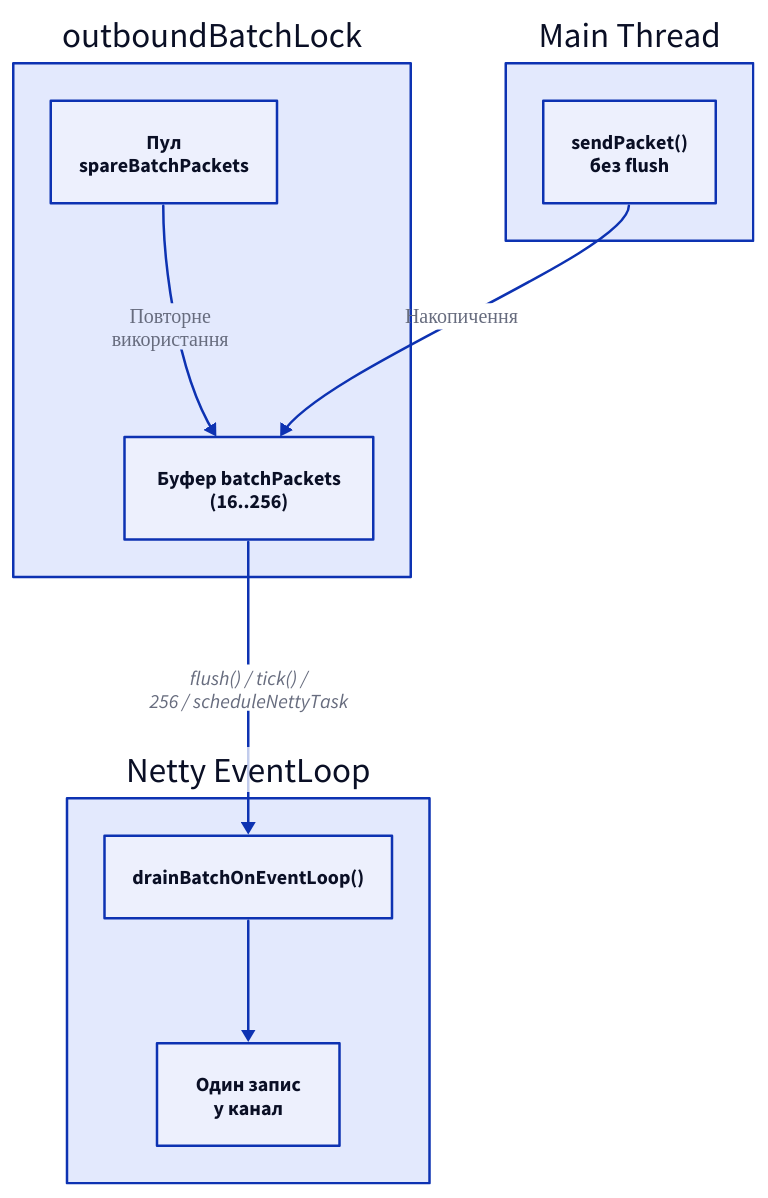
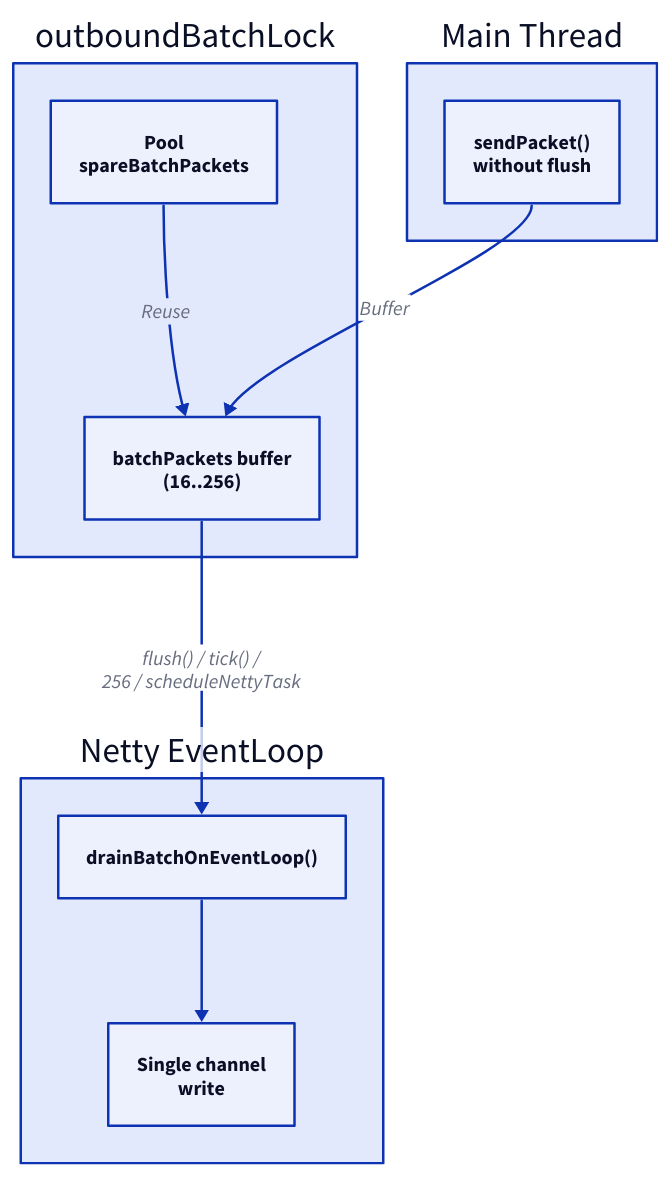
One commit to ApisMC/apismc.github.io changed the diagram in src/content/docs/internals/runtime-optimizations.md. Above: the diagram before and after it, drawn with D2. The commit also changed other lines of this file and 49 other files, not shown here.

````diff
--- a/src/content/docs/internals/runtime-optimizations.md
+++ b/src/content/docs/internals/runtime-optimizations.md
@@ -14,20 +14,20 @@
-```d2 title="Батчинг вихідних пакетів Connection у Netty EventLoop"
+```d2 title="Connection Outbound Packet Batching in Netty EventLoop"
 direction: down
 
 main: "Main Thread" {
-  send: "sendPacket()\nбез flush"
+  send: "sendPacket()\nwithout flush"
 }
 lock: "outboundBatchLock" {
-  pool: "Пул\nspareBatchPackets"
-  buf: "Буфер batchPackets\n(16..256)"
-  pool -> buf: "Повторне\nвикористання"
+  pool: "Pool\nspareBatchPackets"
+  buf: "batchPackets buffer\n(16..256)"
+  pool -> buf: "Reuse"
 }
 netty: "Netty EventLoop" {
   drain: "drainBatchOnEventLoop()"
-  write: "Один запис\nу канал"
+  write: "Single channel\nwrite"
   drain -> write
 }
 
-main.send -> lock.buf: "Накопичення"
+main.send -> lock.buf: "Buffer"
 lock.buf -> netty.drain: "flush() / tick() /\n256 / scheduleNettyTask"
 ```
````
